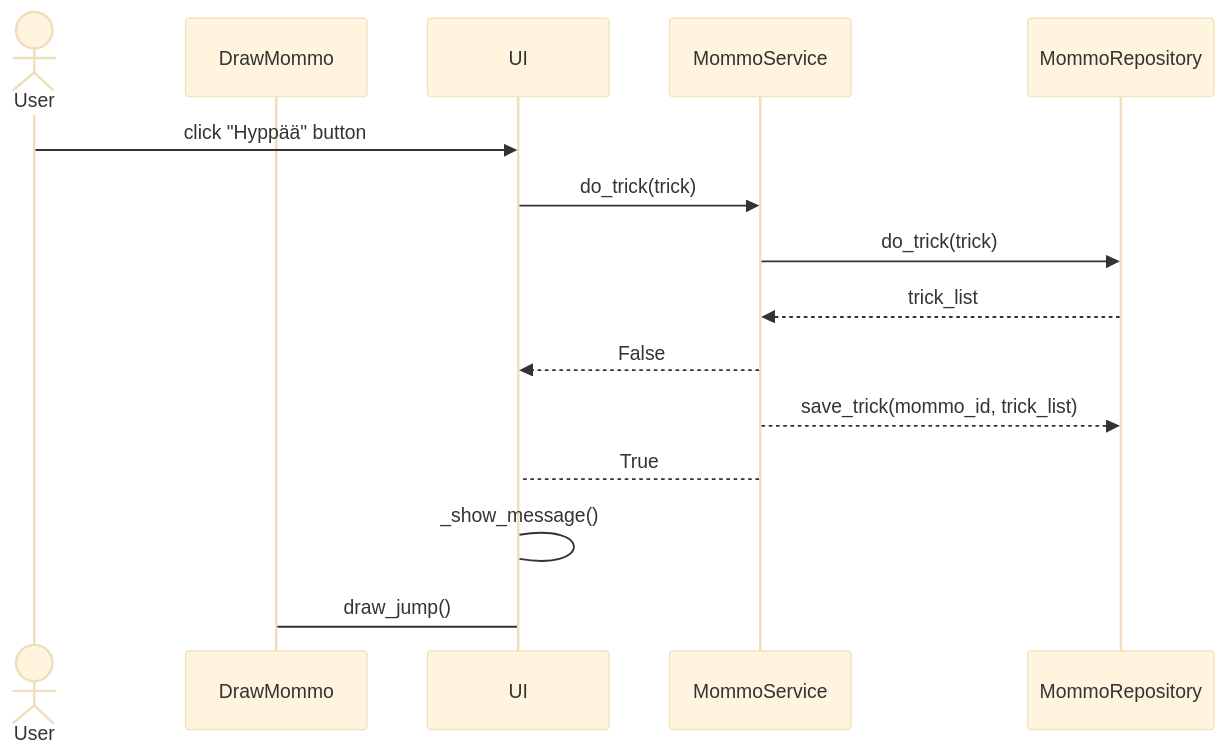
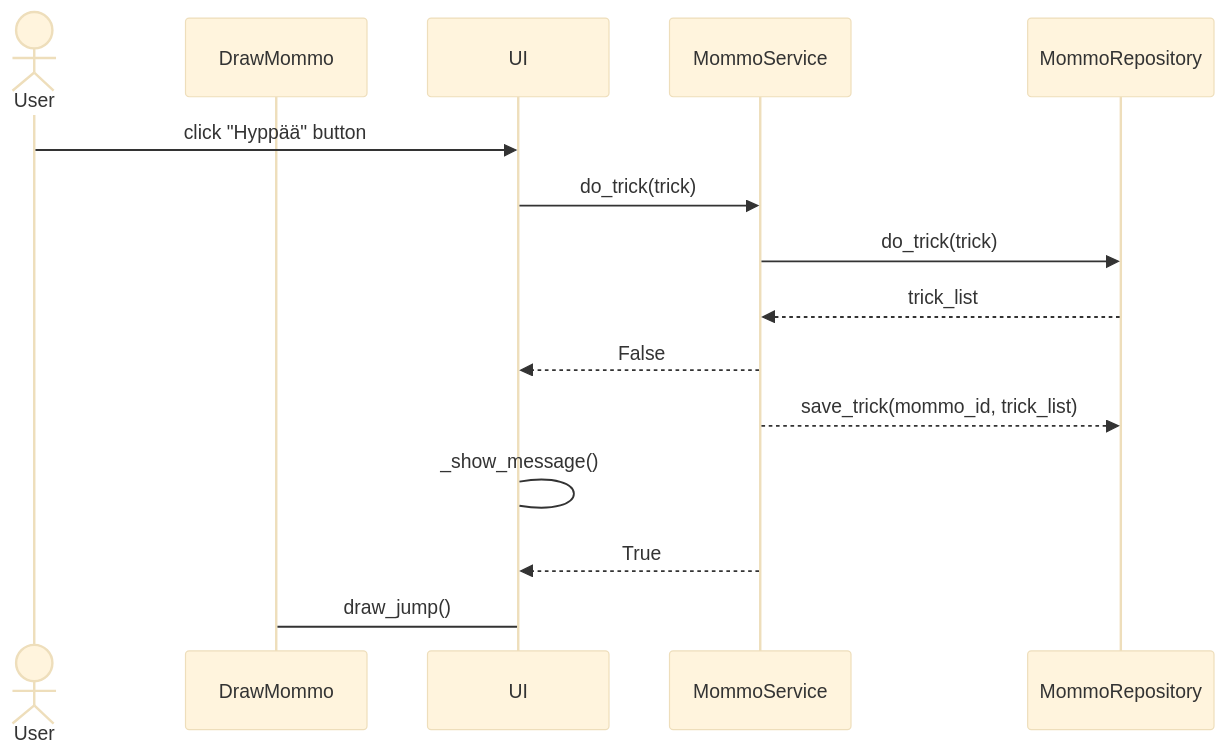
One commit to ellaverak/ot_harjoitustyo changed the third of 3 diagrams in dokumentaatio/arkkitehtuuri.md. Above: the diagram before and after it, drawn with Mermaid (base theme).

````diff
--- a/dokumentaatio/arkkitehtuuri.md
+++ b/dokumentaatio/arkkitehtuuri.md
@@ -88,17 +88,17 @@
 ```mermaid
 sequenceDiagram
   actor User
   participant DrawMommo
   participant UI
   participant MommoService
   participant MommoRepository
   User->>UI: click "Hyppää" button
   UI->>MommoService: do_trick(trick)
   MommoService->>MommoRepository: do_trick(trick)
   MommoRepository-->>MommoService: trick_list
   MommoService-->>UI: False
   MommoService-->>MommoRepository: save_trick(mommo_id, trick_list)
-  MommoService-->UI: True
   UI->UI: _show_message()
+  MommoService-->>UI: True
   UI->DrawMommo: draw_jump()
 ```
````
